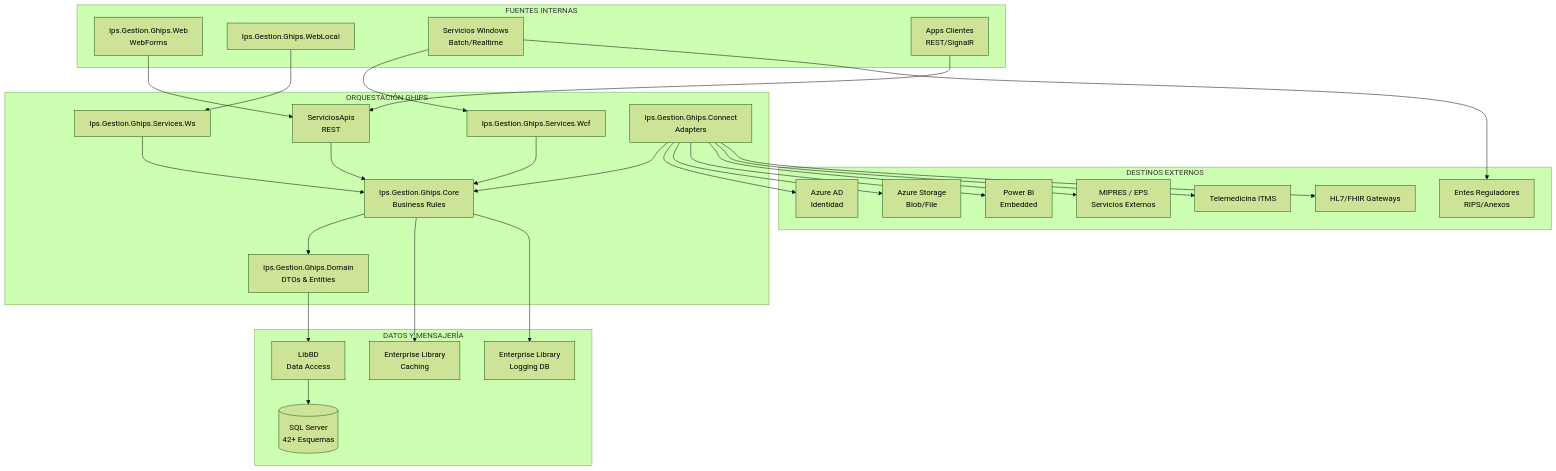
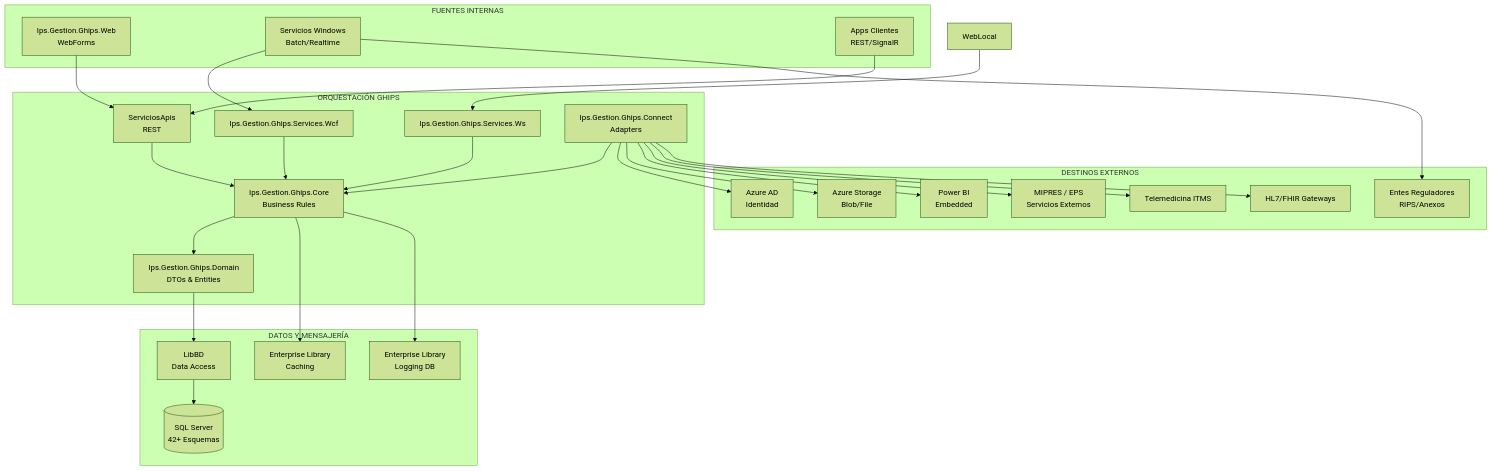
One commit to yairmonsalve/GHIPSDoucmentacion changed the diagram in Asistencial/Interoperabilidad_GHIPS_EMR.md. Above: the diagram before and after it, drawn with Mermaid (forest theme). The commit also changed other lines of this file and 5 other files, not shown here.

````diff
--- a/Asistencial/Interoperabilidad_GHIPS_EMR.md
+++ b/Asistencial/Interoperabilidad_GHIPS_EMR.md
@@ -17,59 +25,58 @@
 ```mermaid
 graph TB
     subgraph "FUENTES INTERNAS"
         Web[Ips.Gestion.Ghips.Web<br/>WebForms]
-        WebLocal[Ips.Gestion.Ghips.WebLocal]
         WinSvc[Servicios Windows<br/>Batch/Realtime]
         Mobile[Apps Clientes<br/>REST/SignalR]
     end
 
     subgraph "ORQUESTACIÓN GHIPS"
         API[ServiciosApis<br/>REST]
         WCF[Ips.Gestion.Ghips.Services.Wcf]
         SOAP[Ips.Gestion.Ghips.Services.Ws]
         Connect[Ips.Gestion.Ghips.Connect<br/>Adapters]
         Core[Ips.Gestion.Ghips.Core<br/>Business Rules]
         Domain[Ips.Gestion.Ghips.Domain<br/>DTOs & Entities]
     end
 
     subgraph "DATOS Y MENSAJERÍA"
         LibBD[LibBD<br/>Data Access]
         SQL[(SQL Server<br/>42+ Esquemas)]
         Cache[Enterprise Library<br/>Caching]
         Logs[Enterprise Library<br/>Logging DB]
     end
 
     subgraph "DESTINOS EXTERNOS"
         AzureAD[Azure AD<br/>Identidad]
         AzureStorage[Azure Storage<br/>Blob/File]
         PowerBI[Power BI<br/>Embedded]
         MIPRES[MIPRES / EPS<br/>Servicios Externos]
         ITMS[Telemedicina ITMS]
         HL7Gateways[HL7/FHIR Gateways]
         RIPS[Entes Reguladores<br/>RIPS/Anexos]
     end
 
     Web --> API
     WebLocal --> SOAP
     WinSvc --> WCF
     Mobile --> API
 
     API --> Core
     WCF --> Core
     SOAP --> Core
     Connect --> Core
     Core --> Domain
     Domain --> LibBD
 
     LibBD --> SQL
     Core --> Cache
     Core --> Logs
 
     Connect --> AzureAD
     Connect --> AzureStorage
     Connect --> PowerBI
     Connect --> MIPRES
     Connect --> ITMS
     Connect --> HL7Gateways
     WinSvc --> RIPS
 ```
````
